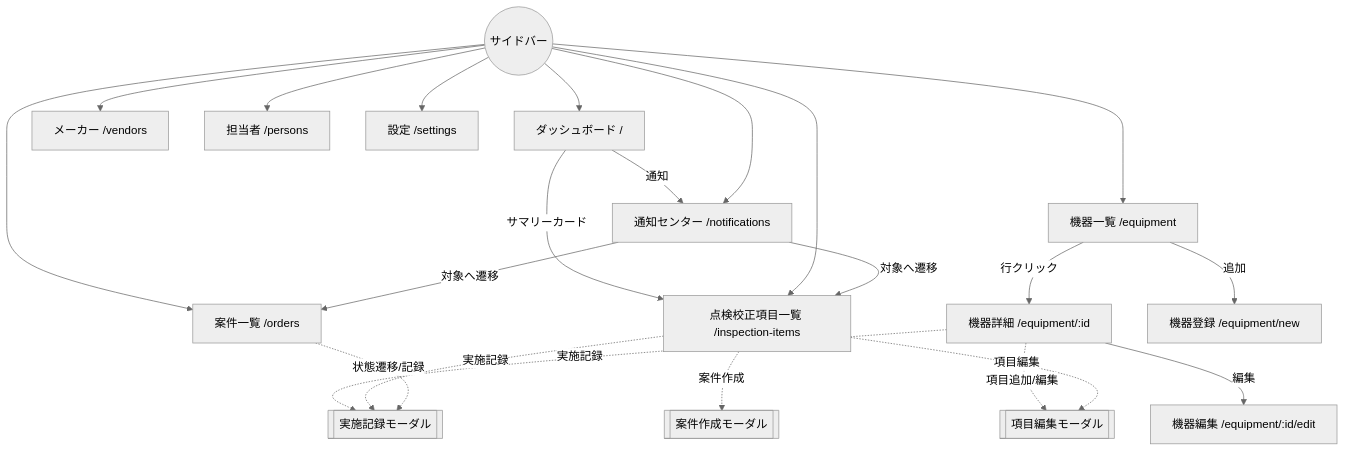
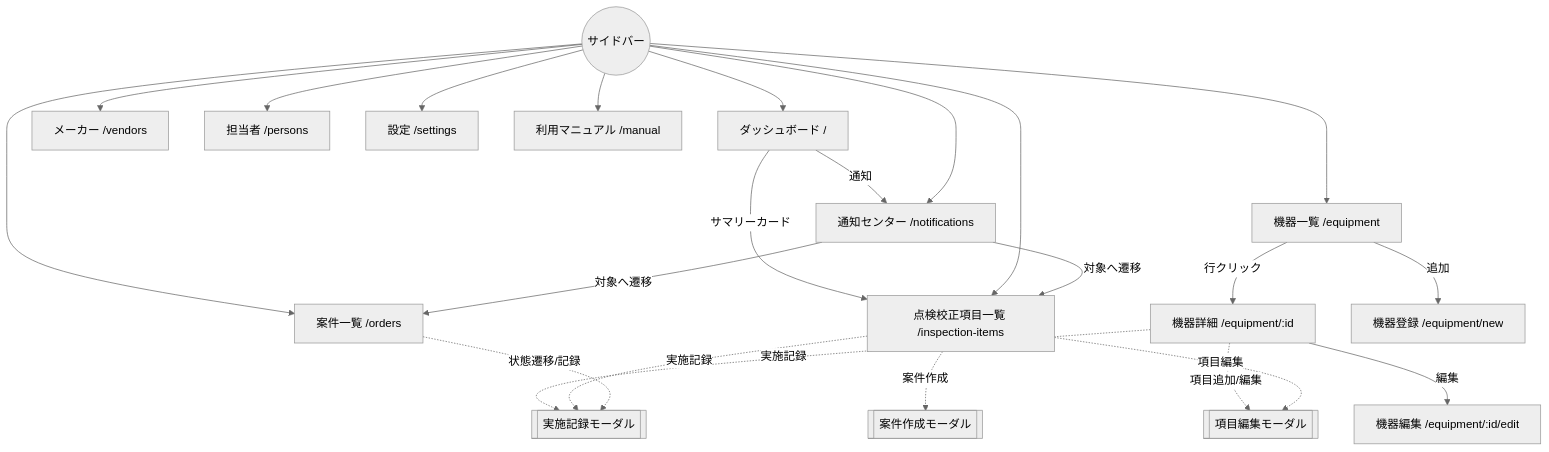
Before and after one commit to KyoheiTashiro/calibration-manager: the diagram in docs/screen-design/README.md, drawn with Mermaid (neutral theme). The commit also changed other lines of this file and 14 other files, not shown here.

````diff
--- a/docs/screen-design/README.md
+++ b/docs/screen-design/README.md
@@ -114,17 +115,17 @@
 ```mermaid
 flowchart TD
     Dash[ダッシュボード /] -->|サマリーカード| InspectionItems[点検校正項目一覧 /inspection-items]
     Dash -->|通知| Notice[通知センター /notifications]
-    Sidebar((サイドバー)) --> Dash & EqList[機器一覧 /equipment] & InspectionItems & Orders[案件一覧 /orders] & Vendors[メーカー /vendors] & Persons[担当者 /persons] & Notice & Settings[設定 /settings]
+    Sidebar((サイドバー)) --> Dash & EqList[機器一覧 /equipment] & InspectionItems & Orders[案件一覧 /orders] & Vendors[メーカー /vendors] & Persons[担当者 /persons] & Notice & Settings[設定 /settings] & Manual[利用マニュアル /manual]
     EqList -->|行クリック| EqDetail[機器詳細 /equipment/:id]
     EqList -->|追加| EqNew[機器登録 /equipment/new]
     EqDetail -->|編集| EqEdit[機器編集 /equipment/:id/edit]
     EqDetail -.項目追加/編集.-> InspectionItemModal[[項目編集モーダル]]
     EqDetail -.実施記録.-> RecModal[[実施記録モーダル]]
     InspectionItems -.実施記録.-> RecModal
     InspectionItems -.案件作成.-> OrderModal[[案件作成モーダル]]
     InspectionItems -.項目編集.-> InspectionItemModal
     Orders -.状態遷移/記録.-> RecModal
     Notice -->|対象へ遷移| InspectionItems
     Notice -->|対象へ遷移| Orders
 ```
````
